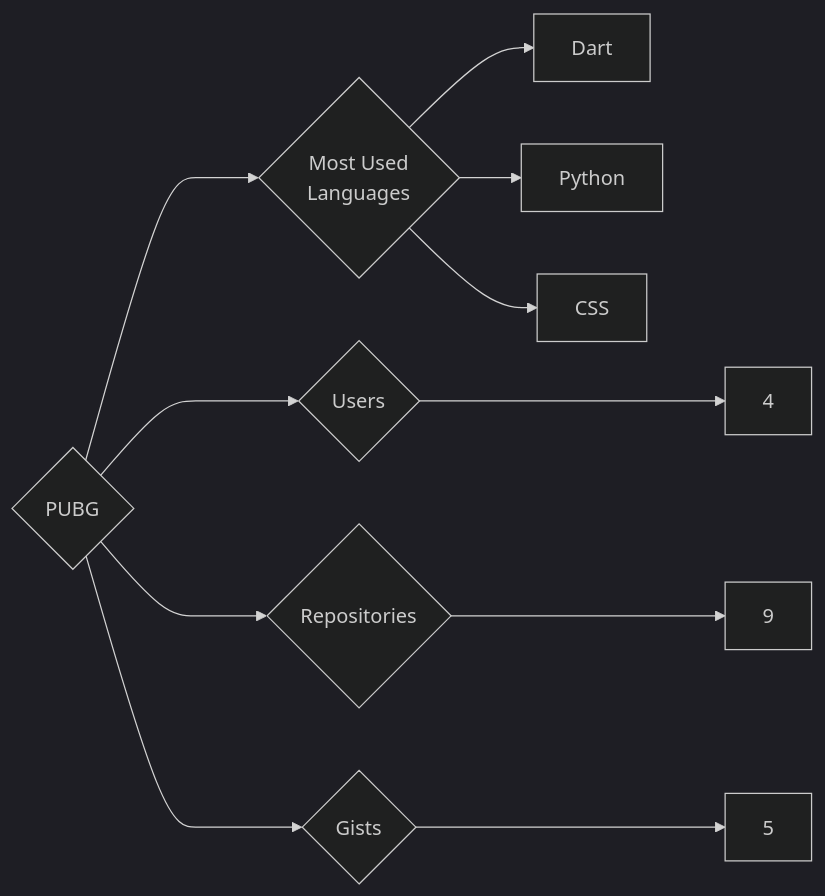
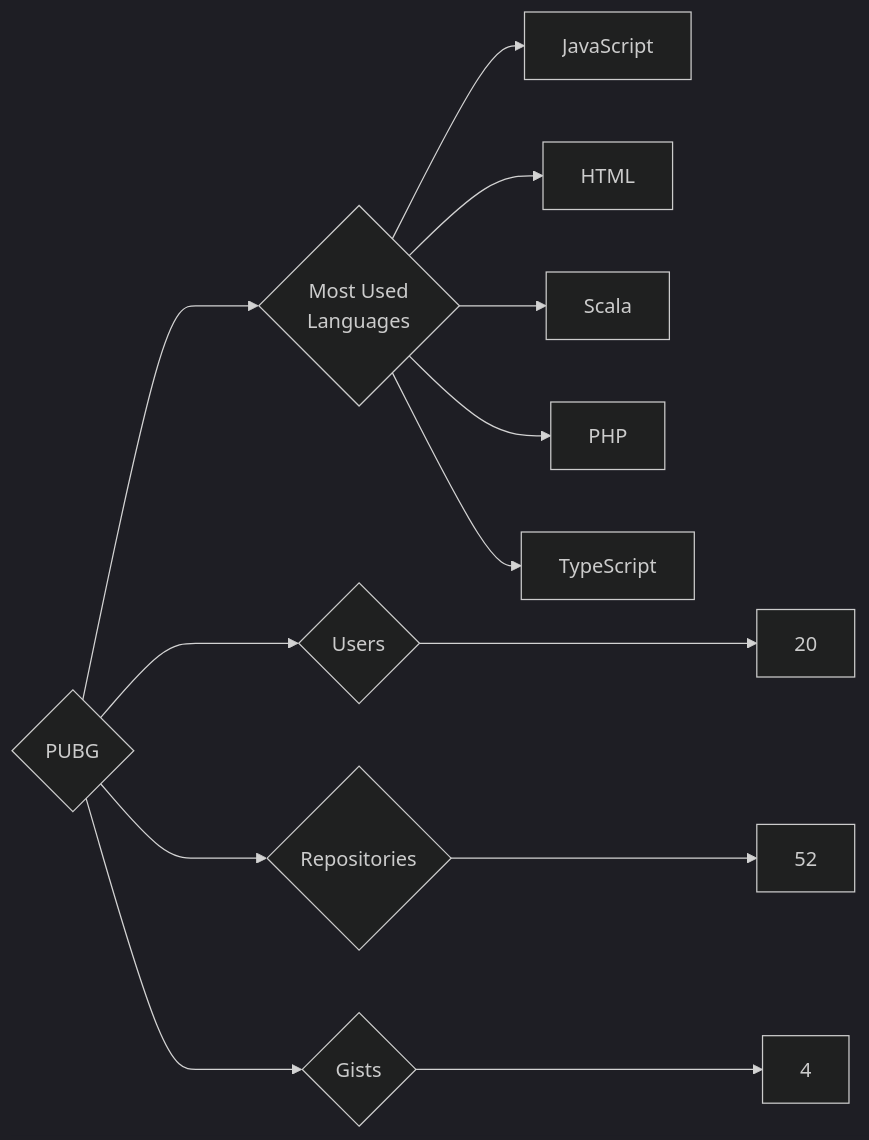
Before and after one commit to trickest/insiders: the diagram in targets/PUBG/README.md, drawn with Mermaid (dark theme). The commit also changed 878 other files, not shown here.

````diff
--- a/targets/PUBG/README.md
+++ b/targets/PUBG/README.md
@@ -3,11 +3,13 @@
 ```mermaid
 graph LR
 COMPANY_NAME{PUBG}
-COMPANY_NAME ---> U{Users} ---> UN[4]
-COMPANY_NAME ---> R{Repositories} ---> RN[9]
-COMPANY_NAME ---> G{Gists} ---> GN[5]
+COMPANY_NAME ---> U{Users} ---> UN[20]
+COMPANY_NAME ---> R{Repositories} ---> RN[52]
+COMPANY_NAME ---> G{Gists} ---> GN[4]
 COMPANY_NAME ---> ML{Most Used<br>Languages}
-ML --> Dart[Dart]
-ML --> Python[Python]
-ML --> CSS[CSS]
+ML --> JavaScript[JavaScript]
+ML --> HTML[HTML]
+ML --> Scala[Scala]
+ML --> PHP[PHP]
+ML --> TypeScript[TypeScript]
 ```
````
